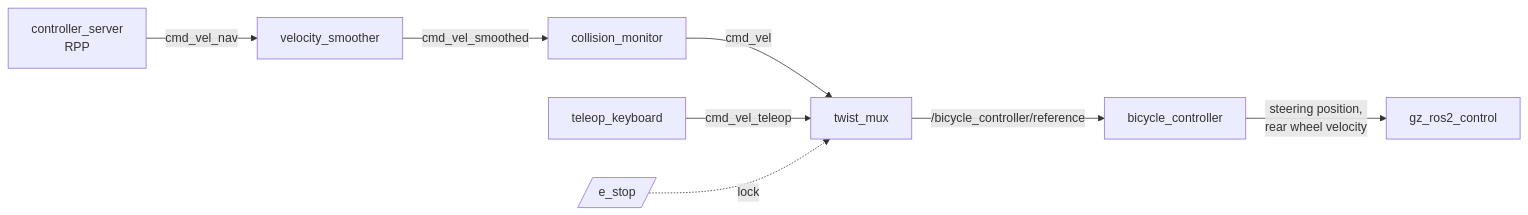
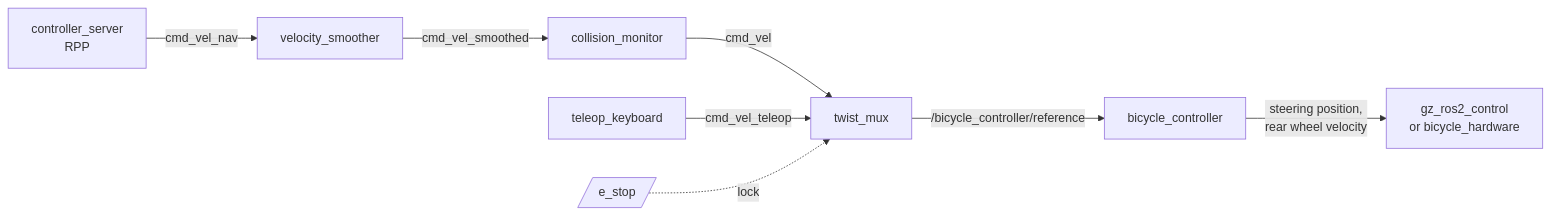
One commit to AlAssi69/self_driving_bicycle changed the fifth of 6 diagrams in docs/architecture.md. Above: the diagram before and after it, drawn with Mermaid. The commit also changed other lines of this file and 10 other files, not shown here.

````diff
--- a/docs/architecture.md
+++ b/docs/architecture.md
@@ -89,10 +115,10 @@
 ```mermaid
 graph LR
   cs[controller_server<br/>RPP] -- cmd_vel_nav --> vs[velocity_smoother]
   vs -- cmd_vel_smoothed --> cm[collision_monitor]
   cm -- cmd_vel --> mux[twist_mux]
   teleop[teleop_keyboard] -- cmd_vel_teleop --> mux
   estop[/e_stop/] -. lock .-> mux
   mux -- /bicycle_controller/reference --> bc[bicycle_controller]
-  bc -- steering position,<br/>rear wheel velocity --> hw[gz_ros2_control]
+  bc -- steering position,<br/>rear wheel velocity --> hw[gz_ros2_control<br/>or bicycle_hardware]
 ```
````
